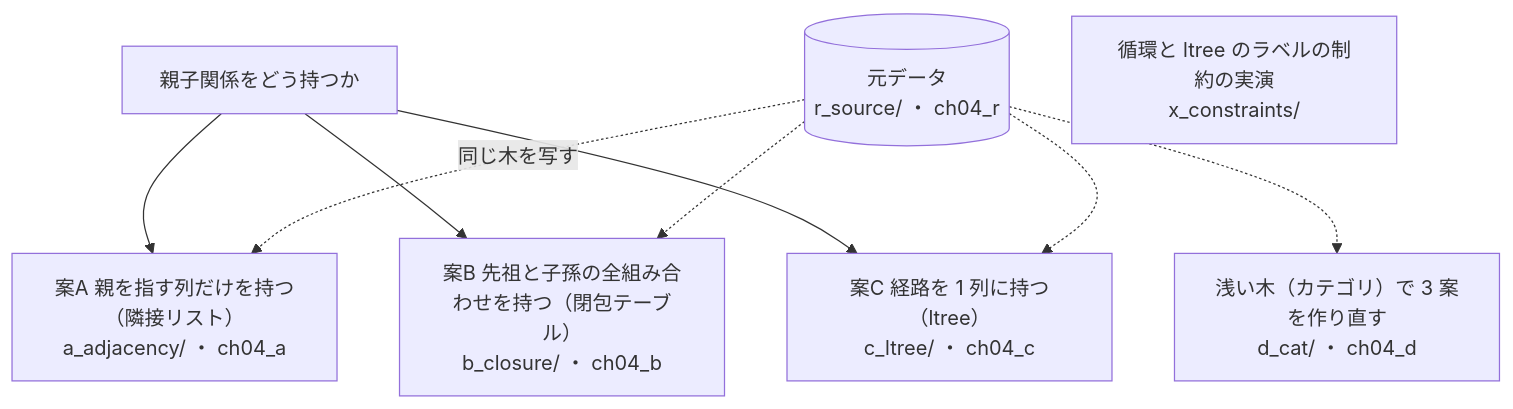
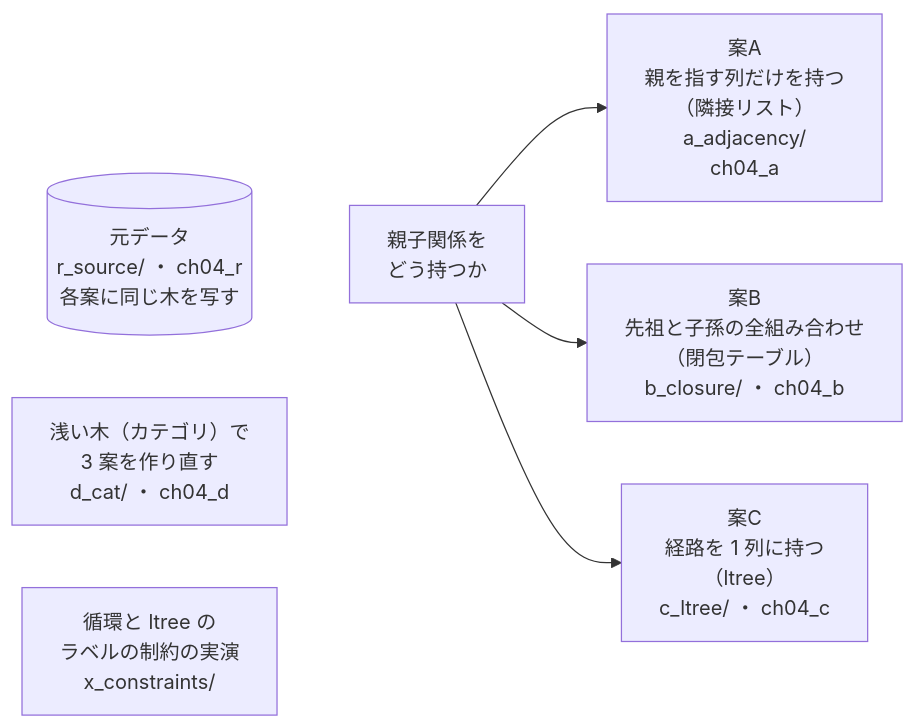
One commit to driftnode986/postgresql-db-design-samples changed the first of 4 diagrams in ch04_category_and_comment_tree/README.md. Above: the diagram before and after it, drawn with Mermaid. The commit also changed other lines of this file and 15 other files, not shown here.

First line of the commit message:
docs: 設計案の構成図を縦並びにし、幅の広い ER 図を分けて、GitHub で縮まない大きさにする

````diff
--- a/ch04_category_and_comment_tree/README.md
+++ b/ch04_category_and_comment_tree/README.md
@@ -16,14 +16,11 @@
 ```mermaid
-flowchart TD
-  Q["親子関係をどう持つか"]
-  R[("元データ<br/>r_source/ ・ ch04_r")]
-  Q --> A["案A 親を指す列だけを持つ（隣接リスト）<br/>a_adjacency/ ・ ch04_a"]
-  Q --> B["案B 先祖と子孫の全組み合わせを持つ（閉包テーブル）<br/>b_closure/ ・ ch04_b"]
-  Q --> C["案C 経路を 1 列に持つ（ltree）<br/>c_ltree/ ・ ch04_c"]
-  D["浅い木（カテゴリ）で 3 案を作り直す<br/>d_cat/ ・ ch04_d"]
-  X["循環と ltree のラベルの制約の実演<br/>x_constraints/"]
-  R -.->|同じ木を写す| A
-  R -.-> B
-  R -.-> C
-  R -.-> D
+flowchart LR
+  Q["親子関係を<br/>どう持つか"]
+  R[("元データ<br/>r_source/ ・ ch04_r<br/>各案に同じ木を写す")]
+  Q --> A["案A<br/>親を指す列だけを持つ<br/>（隣接リスト）<br/>a_adjacency/<br/>ch04_a"]
+  Q --> B["案B<br/>先祖と子孫の全組み合わせ<br/>（閉包テーブル）<br/>b_closure/ ・ ch04_b"]
+  Q --> C["案C<br/>経路を 1 列に持つ<br/>（ltree）<br/>c_ltree/ ・ ch04_c"]
+  D["浅い木（カテゴリ）で<br/>3 案を作り直す<br/>d_cat/ ・ ch04_d"]
+  X["循環と ltree の<br/>ラベルの制約の実演<br/>x_constraints/"]
+  R ~~~ Q
 ```
````
